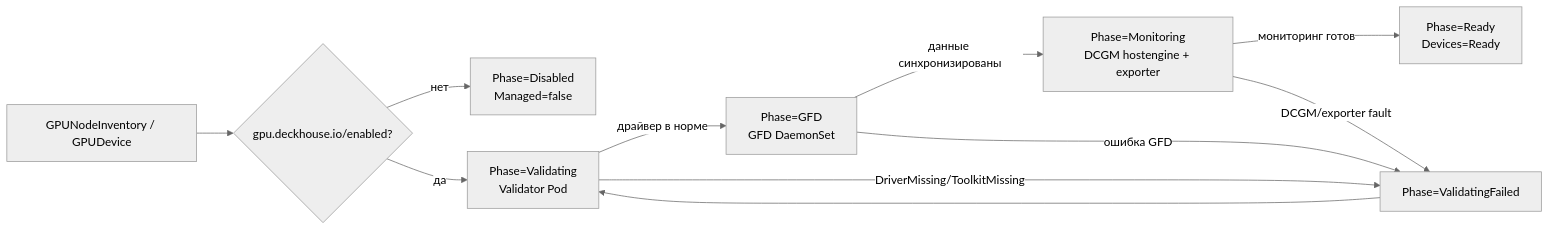
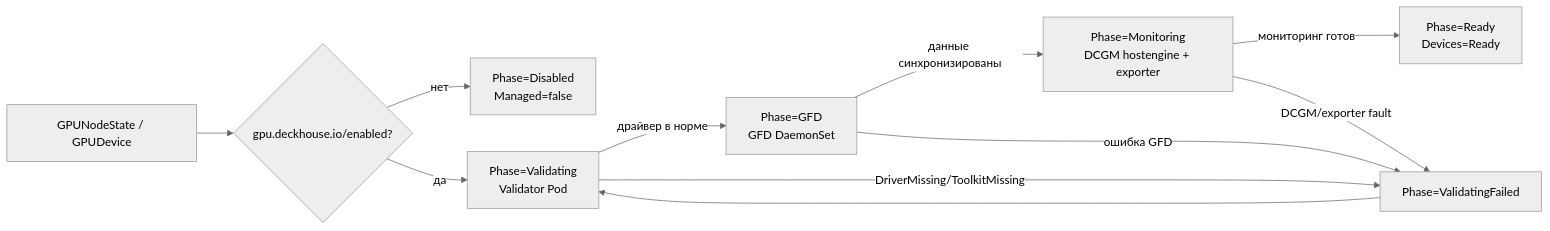
Before and after one commit to aleksandr-podmoskovniy/gpu-control-plane: the second of 7 diagrams in docs/adr/ADR-gpu-control-plane.ru.md, drawn with Mermaid (neutral theme). The commit also changed other lines of this file and 253 other files, not shown here.

````diff
--- a/docs/adr/ADR-gpu-control-plane.ru.md
+++ b/docs/adr/ADR-gpu-control-plane.ru.md
@@ -682,13 +702,13 @@
 ```mermaid
 flowchart LR
-    Start["GPUNodeInventory / GPUDevice"] --> Enabled{"gpu.deckhouse.io/enabled?"}
+    Start["GPUNodeState / GPUDevice"] --> Enabled{"gpu.deckhouse.io/enabled?"}
     Enabled -->|нет| Disabled["Phase=Disabled<br/>Managed=false"]
     Enabled -->|да| Validating["Phase=Validating<br/>Validator Pod"]
     Validating -->|драйвер в норме| GFDPhase["Phase=GFD<br/>GFD DaemonSet"]
     Validating -->|DriverMissing/ToolkitMissing| Fail["Phase=ValidatingFailed"]
     GFDPhase -->|данные синхронизированы| Monitoring["Phase=Monitoring<br/>DCGM hostengine + exporter"]
     GFDPhase -->|ошибка GFD| Fail
     Monitoring -->|мониторинг готов| ReadyPhase["Phase=Ready<br/>Devices=Ready"]
     Monitoring -->|DCGM/exporter fault| Fail
     Fail --> Validating
 ```
````
